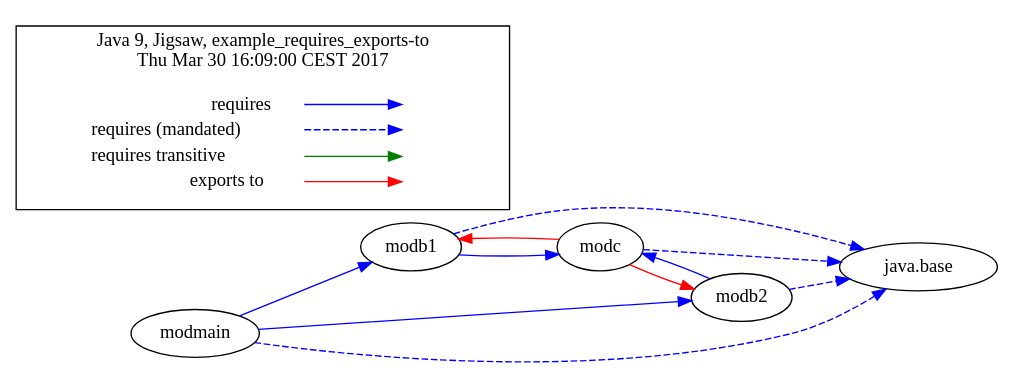
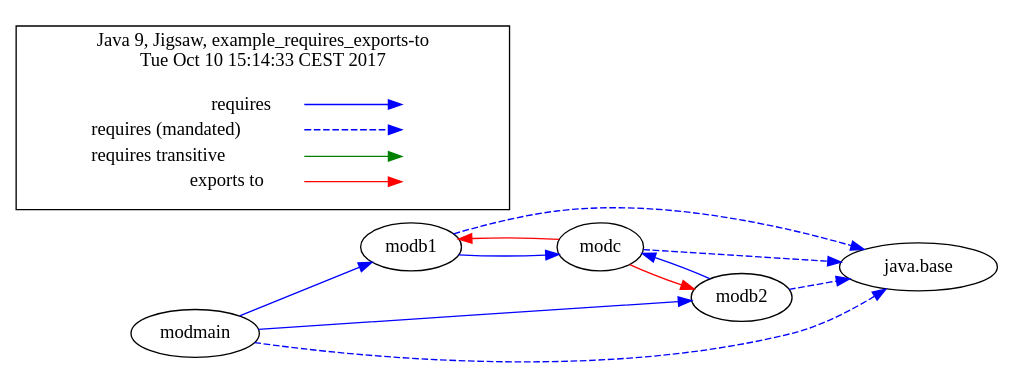
One commit to accso/java9-jigsaw-examples changed the diagram in jigsaw-examples/example_requires_exports-to/moduledependencies-withlegend.dot. Above: the diagram before and after it, drawn with Graphviz. The commit also changed 84 other files, not shown here.

Commit message:
Updated all GraphViz files (.dot and .png output)

```diff
--- a/jigsaw-examples/example_requires_exports-to/moduledependencies-withlegend.dot
+++ b/jigsaw-examples/example_requires_exports-to/moduledependencies-withlegend.dot
@@ -1,41 +1,41 @@
-# Created by depvis.JigsawDepVisualizer on Thu Mar 30 16:09:00 CEST 2017
+# Created by depvis.JigsawDepVisualizer on Tue Oct 10 15:14:33 CEST 2017
 digraph Java9_Dependency_Visualizer {
 modb1[fontname="Consolas",shape="ellipse",label="modb1"];
 modc[fontname="Consolas",shape="ellipse",label="modc"];
 java_base[fontname="Consolas",shape="ellipse",label="java.base"];
+modb2[fontname="Consolas",shape="ellipse",label="modb2"];
 modmain[fontname="Consolas",shape="ellipse",label="modmain"];
-modb2[fontname="Consolas",shape="ellipse",label="modb2"];
 modb1 -> modc[color="#0000ff",fontname="Consolas",fontcolor="#0000ff",weight="8"]
 modb1 -> java_base[color="#0000ff",fontname="Consolas",fontcolor="#0000ff",style="dashed",weight="16"]
-modmain -> modb1[color="#0000ff",fontname="Consolas",fontcolor="#0000ff",weight="8"]
-modmain -> modb2[color="#0000ff",fontname="Consolas",fontcolor="#0000ff",weight="8"]
-modmain -> java_base[color="#0000ff",fontname="Consolas",fontcolor="#0000ff",style="dashed",weight="16"]
 modc -> java_base[color="#0000ff",fontname="Consolas",fontcolor="#0000ff",style="dashed",weight="16"]
 modc -> modb2[fontname="Consolas",fontcolor="#ff0000",color="#ff0000",weight="2"]
 modc -> modb1[fontname="Consolas",fontcolor="#ff0000",color="#ff0000",weight="2"]
 modb2 -> modc[color="#0000ff",fontname="Consolas",fontcolor="#0000ff",weight="8"]
 modb2 -> java_base[color="#0000ff",fontname="Consolas",fontcolor="#0000ff",style="dashed",weight="16"]
+modmain -> modb1[color="#0000ff",fontname="Consolas",fontcolor="#0000ff",weight="8"]
+modmain -> modb2[color="#0000ff",fontname="Consolas",fontcolor="#0000ff",weight="8"]
+modmain -> java_base[color="#0000ff",fontname="Consolas",fontcolor="#0000ff",style="dashed",weight="16"]
 rankdir=LR
 node [shape=plaintext]
 subgraph cluster_01 { 
   label = "Java 9, Jigsaw, example_requires_exports-to
-Thu Mar 30 16:09:00 CEST 2017"
+Tue Oct 10 15:14:33 CEST 2017"
   fontname="Consolas"
   key [label=<<table border="0" cellpadding="2" cellspacing="0" cellborder="0">
     <tr><td align="right" port="i1">requires</td></tr>
     <tr><td align="right" port="i2">requires (mandated)</td></tr>
     <tr><td align="right" port="i3">requires transitive</td></tr>
     <tr><td align="right" port="i4">exports to</td></tr>
     </table>>,fontname="Consolas"]
   key2 [label=<<table border="0" cellpadding="2" cellspacing="0" cellborder="0">
     <tr><td port="i1">&nbsp;</td></tr>
     <tr><td port="i2">&nbsp;</td></tr>
     <tr><td port="i3">&nbsp;</td></tr>
     <tr><td port="i4">&nbsp;</td></tr>
     </table>>,fontname="Consolas"]
   key:i1:e -> key2:i1:w [color=BLUE]
   key:i2:e -> key2:i2:w [color=BLUE, style=dashed]
   key:i3:e -> key2:i3:w [color=GREEN]
   key:i4:e -> key2:i4:w [color=RED]
 }
 }
```
